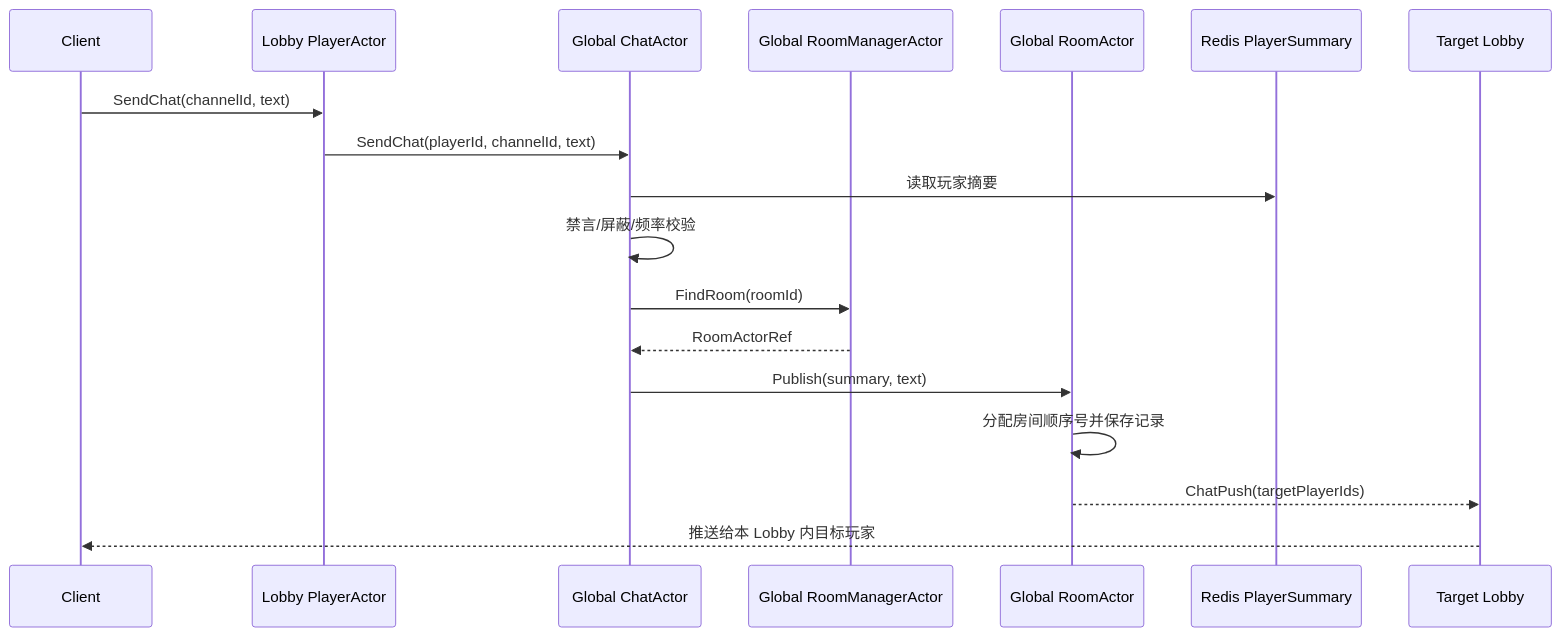
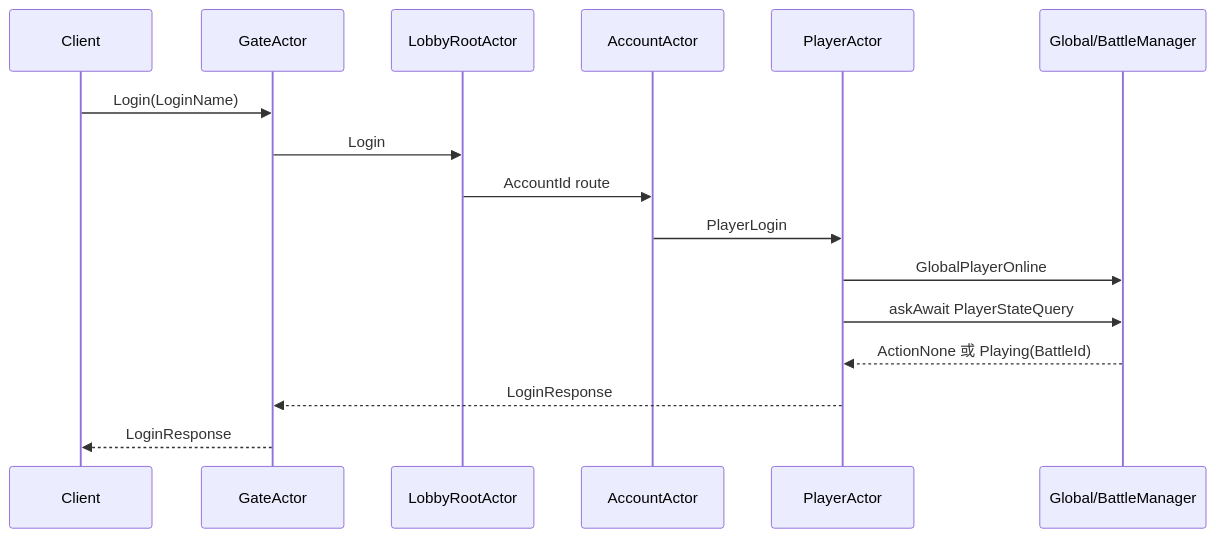
One commit to 132982jianan/JGameServer changed the second of 2 diagrams in doc/02_四类节点目标架构设计评审稿.md. Above: the diagram before and after it, drawn with Mermaid. The commit also changed other lines of this file and 130 other files, not shown here.

````diff
--- a/doc/02_四类节点目标架构设计评审稿.md
+++ b/doc/02_四类节点目标架构设计评审稿.md
@@ -623,21 +158,19 @@
 ```mermaid
 sequenceDiagram
     participant C as Client
-    participant P as Lobby PlayerActor
-    participant CA as Global ChatActor
-    participant RM as Global RoomManagerActor
-    participant RMA as Global RoomActor
-    participant R as Redis PlayerSummary
-    participant L as Target Lobby
+    participant G as GateActor
+    participant L as LobbyRootActor
+    participant A as AccountActor
+    participant PL as PlayerActor
+    participant GL as Global/BattleManager
 
-    C->>P: SendChat(channelId, text)
-    P->>CA: SendChat(playerId, channelId, text)
-    CA->>R: 读取玩家摘要
-    CA->>CA: 禁言/屏蔽/频率校验
-    CA->>RM: FindRoom(roomId)
-    RM-->>CA: RoomActorRef
-    CA->>RMA: Publish(summary, text)
-    RMA->>RMA: 分配房间顺序号并保存记录
-    RMA-->>L: ChatPush(targetPlayerIds)
-    L-->>C: 推送给本 Lobby 内目标玩家
+    C->>G: Login(LoginName)
+    G->>L: Login
+    L->>A: AccountId route
+    A->>PL: PlayerLogin
+    PL->>GL: GlobalPlayerOnline
+    PL->>GL: askAwait PlayerStateQuery
+    GL-->>PL: ActionNone 或 Playing(BattleId)
+    PL-->>G: LoginResponse
+    G-->>C: LoginResponse
 ```
````
